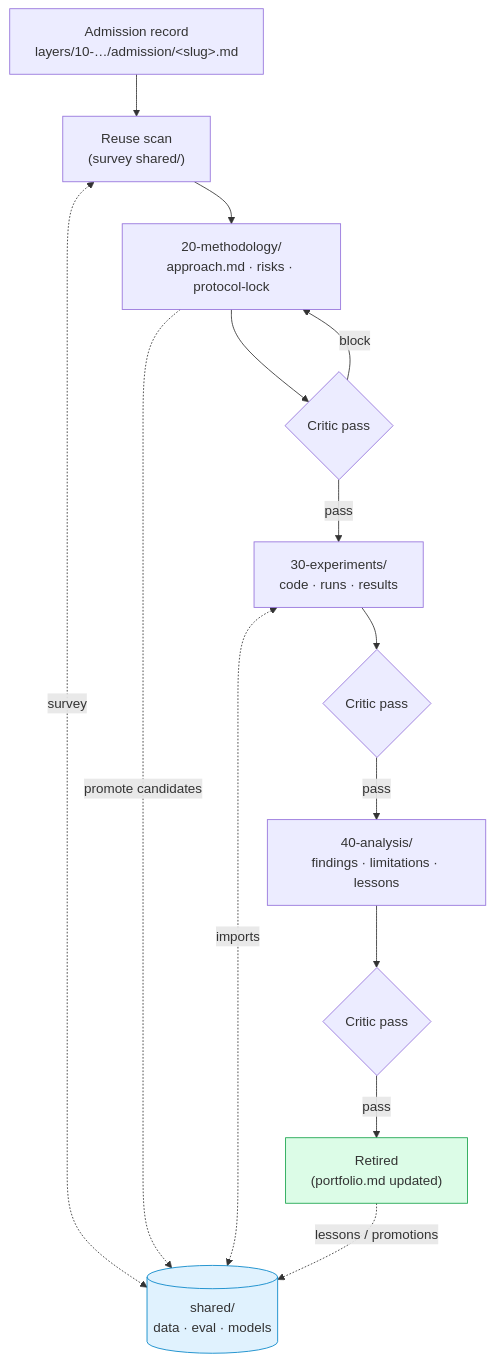
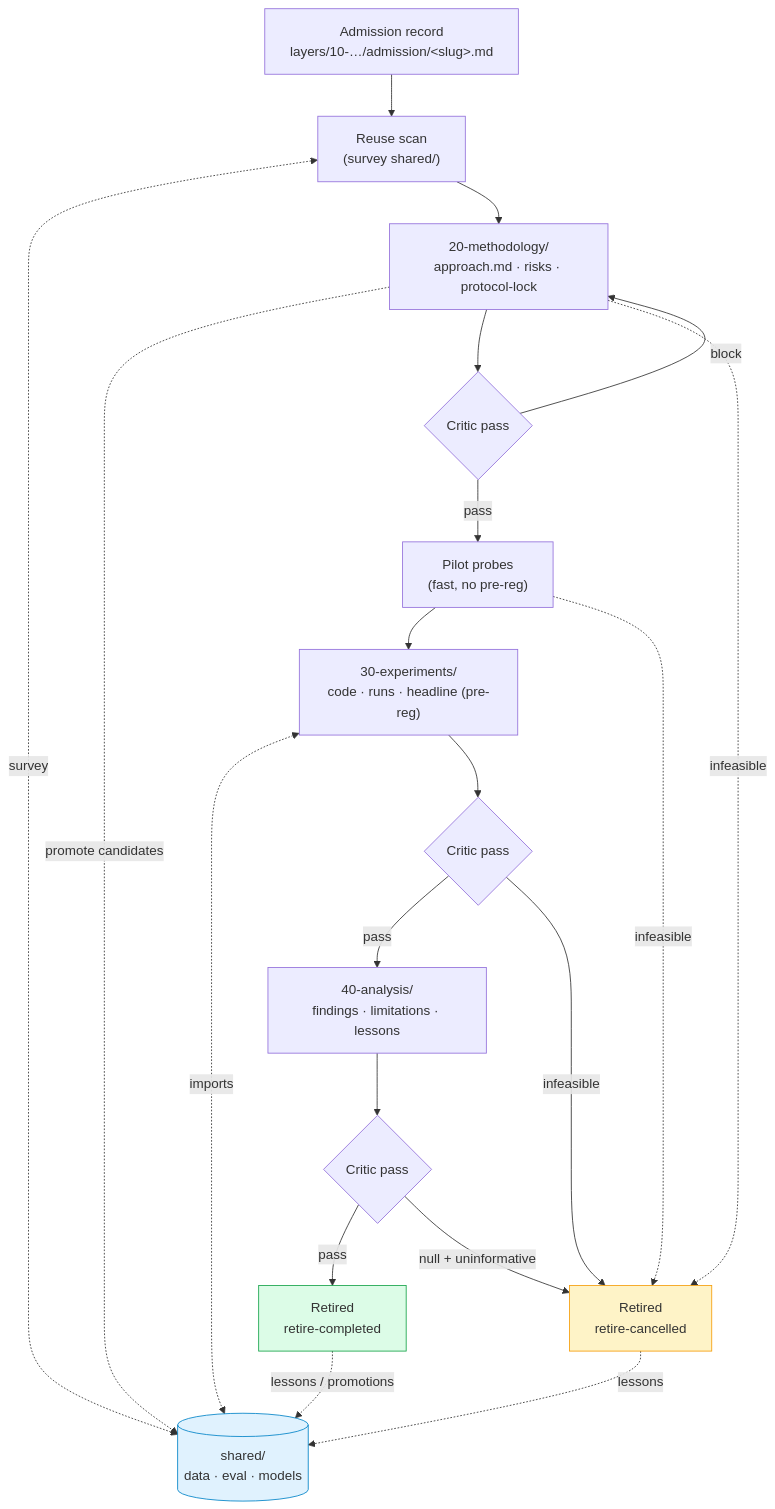
The diagram in tracks/_template/README.md (zzyy-gh/ahbu), drawn with Mermaid before and after one commit. The commit also changed other lines of this file and 8 other files, not shown here.

First line of the commit message:
Propagate culture: novelty + pilot/headline + cancel-back

````diff
--- a/tracks/_template/README.md
+++ b/tracks/_template/README.md
@@ -13,30 +13,39 @@
 ```mermaid
 flowchart TB
     A["Admission record<br/>layers/10-…/admission/&lt;slug&gt;.md"]
     RS["Reuse scan<br/>(survey shared/)"]
     M["20-methodology/<br/>approach.md · risks · protocol-lock"]
     C1{"Critic pass"}
-    E["30-experiments/<br/>code · runs · results"]
+    P["Pilot probes<br/>(fast, no pre-reg)"]
+    E["30-experiments/<br/>code · runs · headline (pre-reg)"]
     C2{"Critic pass"}
     AN["40-analysis/<br/>findings · limitations · lessons"]
     C3{"Critic pass"}
-    R["Retired<br/>(portfolio.md updated)"]
+    R["Retired<br/>retire-completed"]
+    RC["Retired<br/>retire-cancelled"]
     SH[("shared/<br/>data · eval · models")]
 
     A --> RS
     RS <-. survey .-> SH
     RS --> M
     M -. promote candidates .-> SH
     M --> C1
-    C1 -- pass --> E
+    C1 -- pass --> P
     C1 -- block --> M
+    P --> E
+    P -. infeasible -.-> RC
+    M -. infeasible -.-> RC
     E <-. imports .-> SH
     E --> C2
     C2 -- pass --> AN
+    C2 -- infeasible --> RC
     AN --> C3
     C3 -- pass --> R
+    C3 -- null + uninformative --> RC
     R -. lessons / promotions .-> SH
+    RC -. lessons .-> SH
 
     style R fill:#dcfce7,stroke:#16a34a
+    style RC fill:#fef3c7,stroke:#f59e0b
     style SH fill:#e0f2fe,stroke:#0284c7
 ```
````
